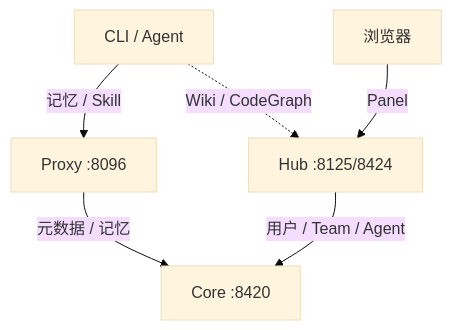
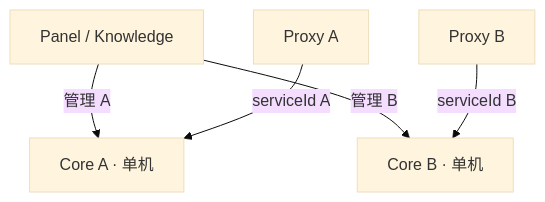
One commit to li6540123/TencentDB-Agent-Memory changed the second of 7 diagrams in deploy/selfhosted-ha/PROPOSAL.md. Above: the diagram before and after it, drawn with Mermaid (base theme). The commit also changed other lines of this file, not shown here.

````diff
--- a/deploy/selfhosted-ha/PROPOSAL.md
+++ b/deploy/selfhosted-ha/PROPOSAL.md
@@ -97,14 +49,13 @@
 ```mermaid
 flowchart TB
-  A[CLI / Agent]
-  B[浏览器]
-  P[Proxy :8096]
-  H[Hub :8125/8424]
-  C[Core :8420]
+  H[Panel / Knowledge]
+  P1[Proxy A]
+  C1[Core A · 单机]
+  P2[Proxy B]
+  C2[Core B · 单机]
 
-  A -->|记忆 / Skill| P
-  B -->|Panel| H
-  P -->|元数据 / 记忆| C
-  H -->|用户 / Team / Agent| C
-  A -.->|Wiki / CodeGraph| H
+  H -->|管理 A| C1
+  H -->|管理 B| C2
+  P1 -->|serviceId A| C1
+  P2 -->|serviceId B| C2
 ```
````
